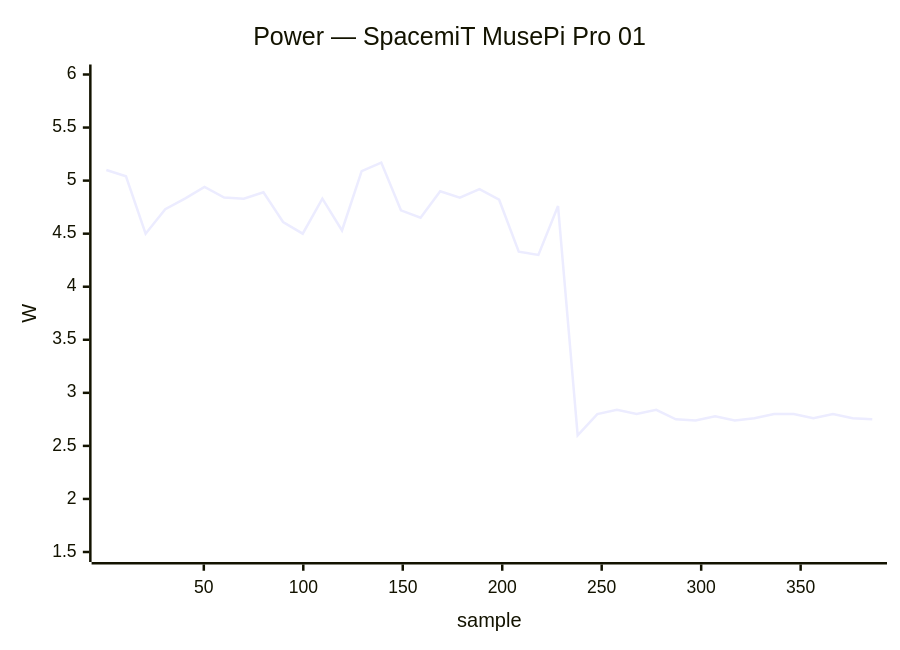
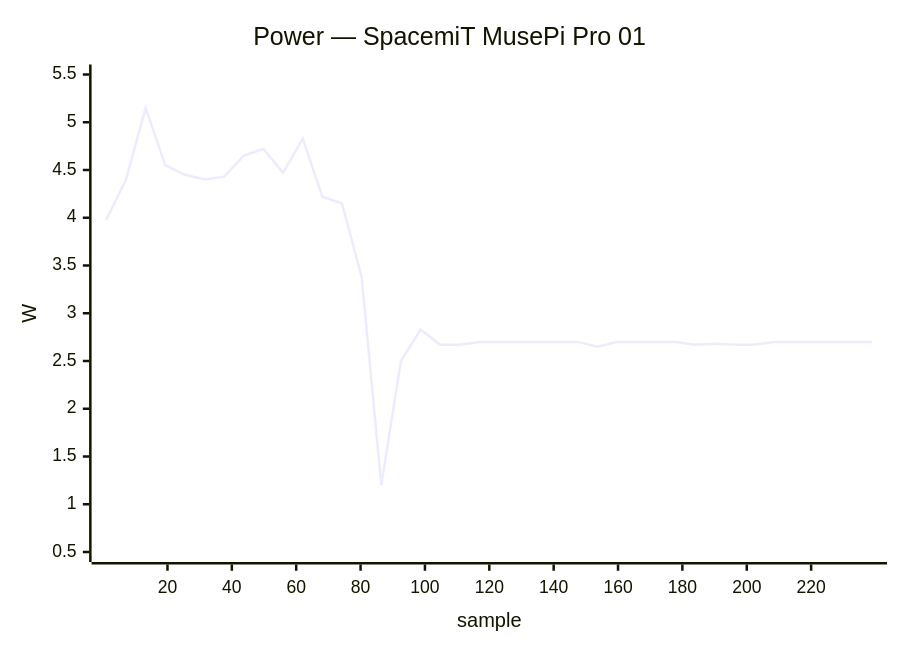
The fourth of 40 diagrams in docs/status/board-tests.md (armbian/documentation), drawn with Mermaid before and after one commit. The commit also changed other lines of this file, not shown here.

````diff
--- a/docs/status/board-tests.md
+++ b/docs/status/board-tests.md
@@ -242,7 +209,7 @@
 ```mermaid
 xychart-beta
     title "Power — SpacemiT MusePi Pro 01"
-    x-axis "sample" 1 --> 386
-    y-axis "W" 1.5 --> 6.0
-    line [5.10, 5.04, 4.50, 4.73, 4.83, 4.94, 4.84, 4.83, 4.89, 4.61, 4.50, 4.83, 4.53, 5.09, 5.17, 4.72, 4.65, 4.90, 4.84, 4.92, 4.82, 4.33, 4.30, 4.76, 2.60, 2.80, 2.84, 2.80, 2.84, 2.75, 2.74, 2.78, 2.74, 2.76, 2.80, 2.80, 2.76, 2.80, 2.76, 2.75]
+    x-axis "sample" 1 --> 239
+    y-axis "W" 0.5 --> 5.5
+    line [3.98, 4.40, 5.15, 4.55, 4.45, 4.40, 4.43, 4.65, 4.72, 4.47, 4.83, 4.22, 4.15, 3.38, 1.20, 2.50, 2.83, 2.67, 2.67, 2.70, 2.70, 2.70, 2.70, 2.70, 2.70, 2.65, 2.70, 2.70, 2.70, 2.70, 2.67, 2.68, 2.67, 2.67, 2.70, 2.70, 2.70, 2.70, 2.70, 2.70]
 ```
````
